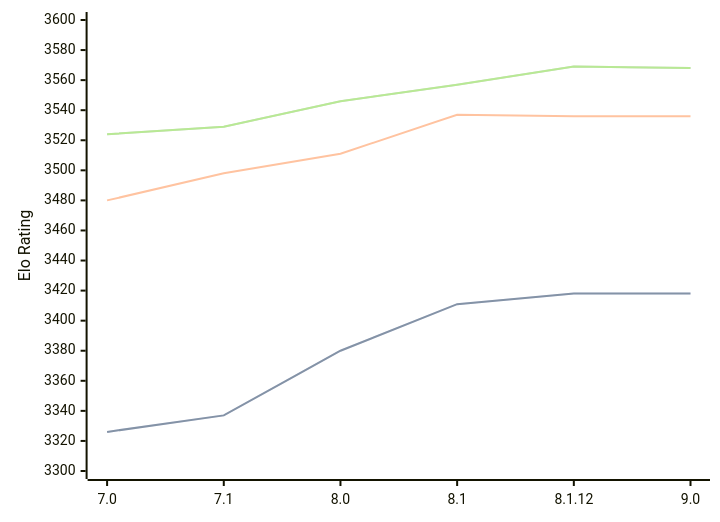
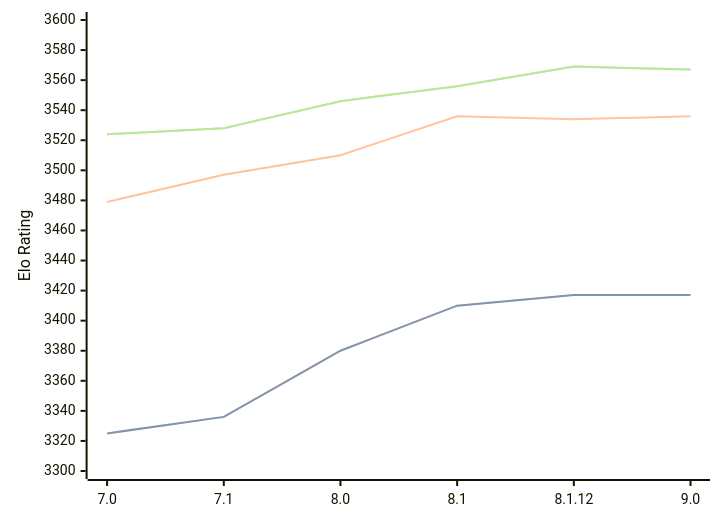
The diagram in engines/Alexandria.md (computer-chess-index/cci), drawn with Mermaid before and after one commit. The commit also changed other lines of this file, not shown here.

Commit message:
Update CCI Ratings (ELO VLTC) - 2026-08-11

````diff
--- a/engines/Alexandria.md
+++ b/engines/Alexandria.md
@@ -36,11 +36,11 @@
 ```mermaid
 %%{init: {"theme":"base","themeVariables":{"seriesColors:['#a3a3a3','#222221','#faa371']}}}%%
 xychart-beta
   x-axis ["7.0", "7.1", "8.0", "8.1", "8.1.12", "9.0"]
   y-axis "Elo Rating" 3300 --> 3600
-  line "STC (8.0+0.08s)" [3326, 3337, 3380, 3411, 3418, 3418]
-  line "STC (8.0+0.08s)" [3326, 3337, 3380, 3411, 3418, 3418]
-  line "LTC (60.0+0.60s)" [3480, 3498, 3511, 3537, 3536, 3536]
-  line "VLTC (2m24s+1.12s)" [3524, 3529, 3546, 3557, 3569, 3568]
-  line "VLTC (2m24s+1.12s)" [3524, 3529, 3546, 3557, 3569, 3568]
+  line "STC (8.0+0.08s)" [3325, 3336, 3380, 3410, 3417, 3417]
+  line "STC (8.0+0.08s)" [3325, 3336, 3380, 3410, 3417, 3417]
+  line "LTC (60.0+0.60s)" [3479, 3497, 3510, 3536, 3534, 3536]
+  line "VLTC (2m24s+1.12s)" [3524, 3528, 3546, 3556, 3569, 3567]
+  line "VLTC (2m24s+1.12s)" [3524, 3528, 3546, 3556, 3569, 3567]
 ```
````
